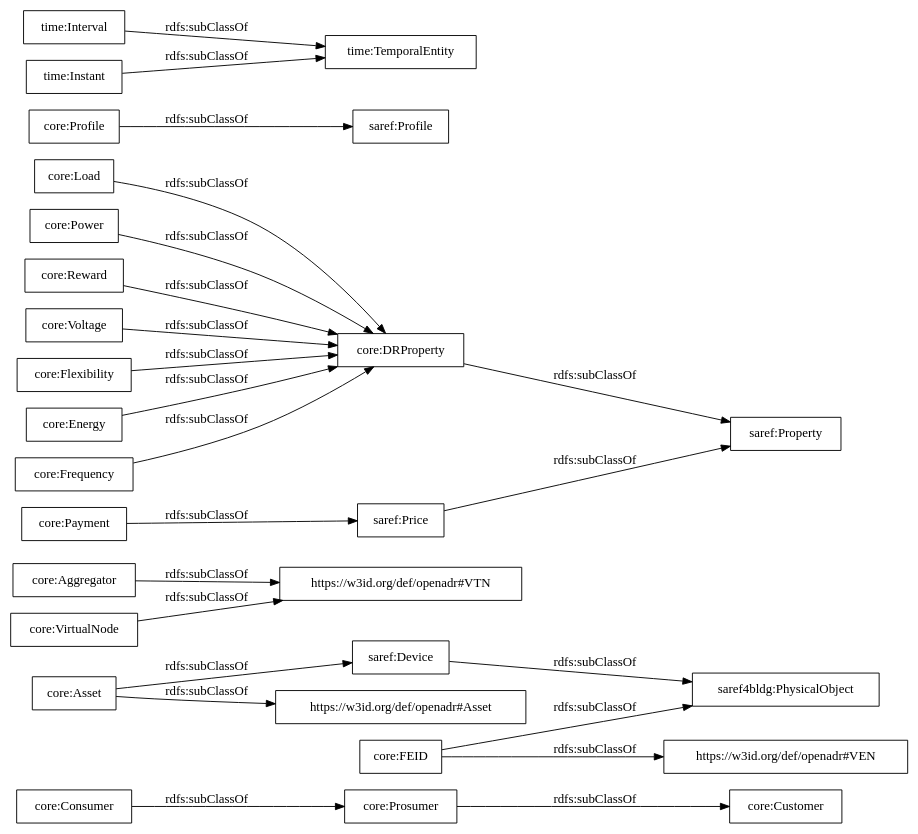
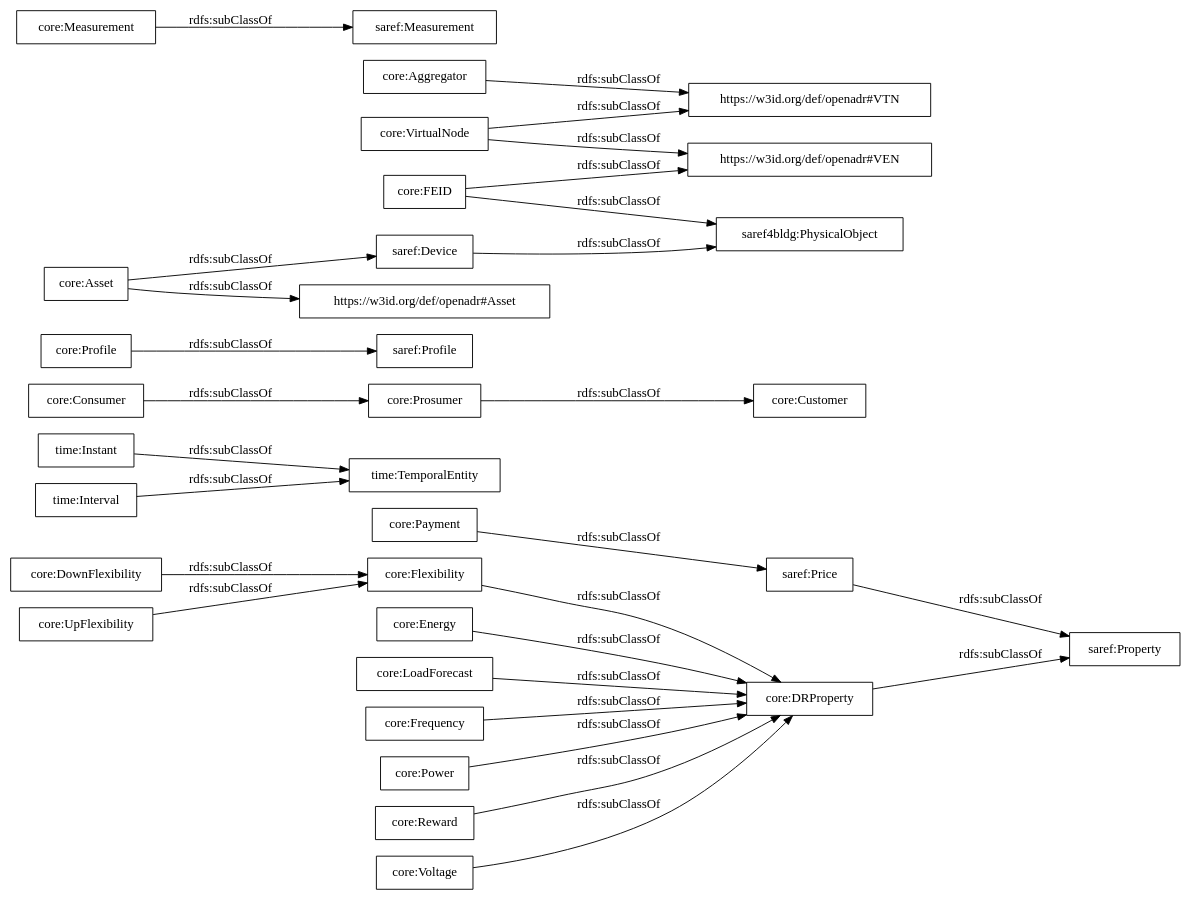
Before and after one commit to oeg-upm/delta-ontology: the diagram in OnToology/ontology/delta.ttl/diagrams/ar2dtool-taxonomy/delta.ttl.png.dot, drawn with Graphviz. The commit also changed 12 other files, not shown here.

```diff
--- a/OnToology/ontology/delta.ttl/diagrams/ar2dtool-taxonomy/delta.ttl.png.dot
+++ b/OnToology/ontology/delta.ttl/diagrams/ar2dtool-taxonomy/delta.ttl.png.dot
@@ -1,28 +1,32 @@
 digraph ar2dtool_diagram { 
 rankdir=LR;
 size="1000"
-node [shape = rectangle, color="black"]; "core:Customer" "saref4bldg:PhysicalObject" "core:Aggregator" "core:Asset" "saref:Property" "core:Consumer" "core:Load" "core:Payment" "saref:Device" "core:Profile" "core:Power" "core:Reward" "core:Prosumer" "time:Interval" "core:Voltage" "core:Flexibility" "core:DRProperty" "time:TemporalEntity" "saref:Price" "saref:Profile" "core:Energy" "core:VirtualNode" "core:Frequency" "time:Instant" "core:FEID" ; /*classes style*/
+node [shape = rectangle, color="black"]; "core:DownFlexibility" "core:LoadForecast" "time:Instant" "core:Frequency" "core:Customer" "core:Power" "saref:Profile" "core:VirtualNode" "core:DRProperty" "saref:Device" "saref4bldg:PhysicalObject" "core:Consumer" "core:Aggregator" "core:Measurement" "core:Prosumer" "saref:Measurement" "core:Reward" "time:Interval" "time:TemporalEntity" "saref:Price" "core:Asset" "core:Flexibility" "core:Voltage" "saref:Property" "core:Profile" "core:UpFlexibility" "core:FEID" "core:Energy" "core:Payment" ; /*classes style*/
 	"saref:Price" -> "saref:Property" [ label = "rdfs:subClassOf" ];
+	"core:DownFlexibility" -> "core:Flexibility" [ label = "rdfs:subClassOf" ];
 	"core:Flexibility" -> "core:DRProperty" [ label = "rdfs:subClassOf" ];
 	"core:Payment" -> "saref:Price" [ label = "rdfs:subClassOf" ];
+	"core:Measurement" -> "saref:Measurement" [ label = "rdfs:subClassOf" ];
 	"core:VirtualNode" -> "https://w3id.org/def/openadr#VTN" [ label = "rdfs:subClassOf" ];
+	"core:VirtualNode" -> "https://w3id.org/def/openadr#VEN" [ label = "rdfs:subClassOf" ];
 	"core:Voltage" -> "core:DRProperty" [ label = "rdfs:subClassOf" ];
+	"core:UpFlexibility" -> "core:Flexibility" [ label = "rdfs:subClassOf" ];
 	"core:Aggregator" -> "https://w3id.org/def/openadr#VTN" [ label = "rdfs:subClassOf" ];
 	"core:DRProperty" -> "saref:Property" [ label = "rdfs:subClassOf" ];
 	"core:FEID" -> "saref4bldg:PhysicalObject" [ label = "rdfs:subClassOf" ];
 	"core:FEID" -> "https://w3id.org/def/openadr#VEN" [ label = "rdfs:subClassOf" ];
 	"time:Interval" -> "time:TemporalEntity" [ label = "rdfs:subClassOf" ];
 	"core:Energy" -> "core:DRProperty" [ label = "rdfs:subClassOf" ];
 	"core:Power" -> "core:DRProperty" [ label = "rdfs:subClassOf" ];
 	"core:Asset" -> "saref:Device" [ label = "rdfs:subClassOf" ];
 	"core:Asset" -> "https://w3id.org/def/openadr#Asset" [ label = "rdfs:subClassOf" ];
 	"core:Frequency" -> "core:DRProperty" [ label = "rdfs:subClassOf" ];
 	"core:Prosumer" -> "core:Customer" [ label = "rdfs:subClassOf" ];
+	"core:LoadForecast" -> "core:DRProperty" [ label = "rdfs:subClassOf" ];
 	"time:Instant" -> "time:TemporalEntity" [ label = "rdfs:subClassOf" ];
 	"core:Profile" -> "saref:Profile" [ label = "rdfs:subClassOf" ];
 	"core:Consumer" -> "core:Prosumer" [ label = "rdfs:subClassOf" ];
 	"core:Reward" -> "core:DRProperty" [ label = "rdfs:subClassOf" ];
-	"core:Load" -> "core:DRProperty" [ label = "rdfs:subClassOf" ];
 	"saref:Device" -> "saref4bldg:PhysicalObject" [ label = "rdfs:subClassOf" ];
 
 }
```
